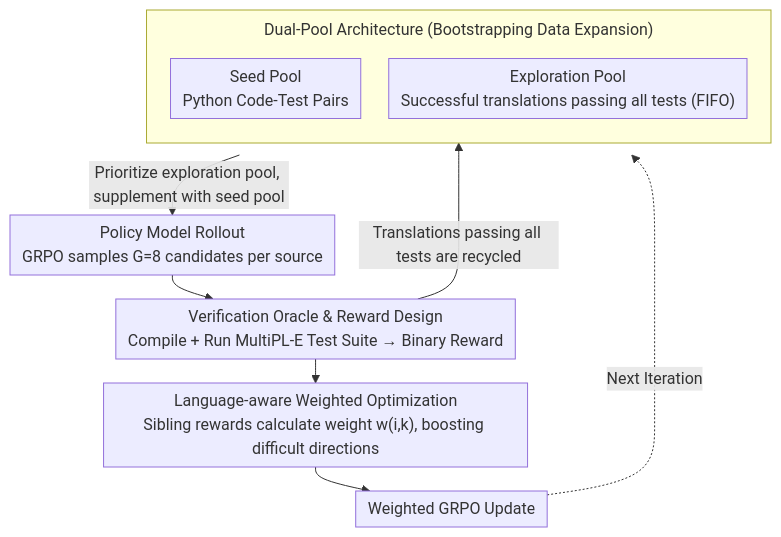
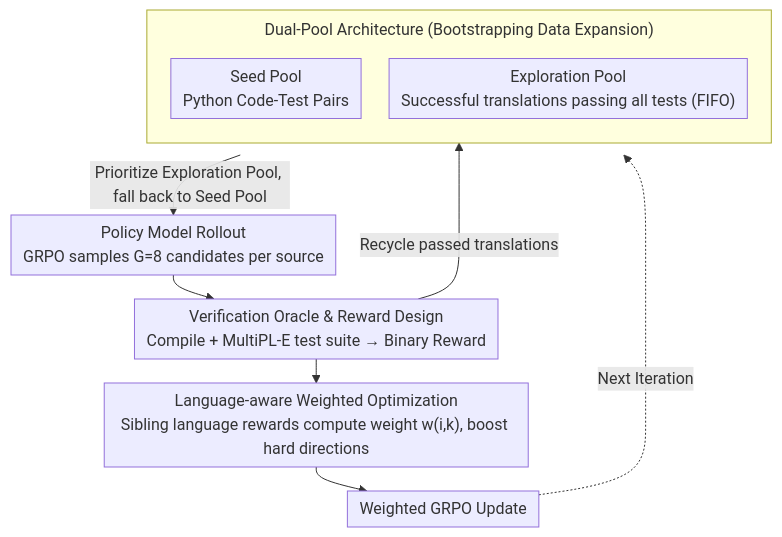
The diagram in docs/ACL2026/code_intelligence/bootstrapping_code_translation_with_weighted_multilanguage_exploration.md (zhaoyang97/Paper-Notes-en), drawn with Mermaid before and after one commit. The commit also changed other lines of this file and 5084 other files, not shown here.

````diff
--- a/docs/ACL2026/code_intelligence/bootstrapping_code_translation_with_weighted_multilanguage_exploration.md
+++ b/docs/ACL2026/code_intelligence/bootstrapping_code_translation_with_weighted_multilanguage_exploration.md
@@ -45,15 +45,15 @@
 ```mermaid
 %%{init: {'flowchart': {'rankSpacing': 24, 'nodeSpacing': 28, 'padding': 6, 'wrappingWidth': 400, 'subGraphTitleMargin': {'top': 8, 'bottom': 16}}}}%%
 flowchart TD
     subgraph POOL["Dual-Pool Architecture (Bootstrapping Data Expansion)"]
         direction TB
         S["Seed Pool<br/>Python Code-Test Pairs"]
         E["Exploration Pool<br/>Successful translations passing all tests (FIFO)"]
     end
-    POOL -->|Prioritize exploration pool, supplement with seed pool| R["Policy Model Rollout<br/>GRPO samples G=8 candidates per source"]
-    R --> V["Verification Oracle & Reward Design<br/>Compile + Run MultiPL-E Test Suite → Binary Reward"]
-    V -->|Translations passing all tests are recycled| E
-    V --> W["Language-aware Weighted Optimization<br/>Sibling rewards calculate weight w(i,k), boosting difficult directions"]
+    POOL -->|Prioritize Exploration Pool, fall back to Seed Pool| R["Policy Model Rollout<br/>GRPO samples G=8 candidates per source"]
+    R --> V["Verification Oracle & Reward Design<br/>Compile + MultiPL-E test suite → Binary Reward"]
+    V -->|Recycle passed translations| E
+    V --> W["Language-aware Weighted Optimization<br/>Sibling language rewards compute weight w(i,k), boost hard directions"]
     W --> U["Weighted GRPO Update"]
     U -.Next Iteration.-> POOL
 ```
````
